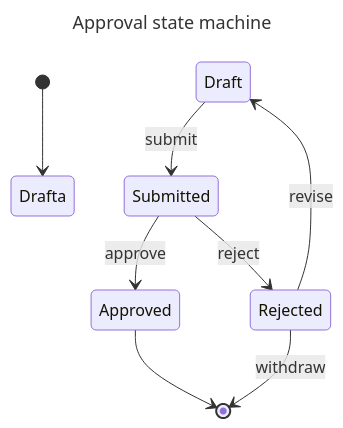
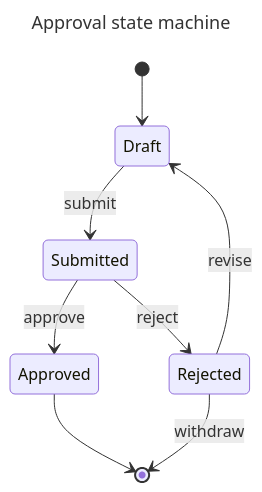
Before and after one commit to SlideWright/lattice: the fourth of 25 diagrams in examples/mermaid-gallery.md, drawn with Mermaid. The commit also changed other lines of this file and 4 other files, not shown here.

First line of the commit message:
diagram(fixes): SVG-id isolation + sankey + journey + C4

````diff
--- a/examples/mermaid-gallery.md
+++ b/examples/mermaid-gallery.md
@@ -142,13 +142,13 @@
 ```mermaid
 ---
 title: Approval state machine
 ---
 stateDiagram-v2
-  [*] --> Drafta
+  [*] --> Draft
   Draft --> Submitted: submit
   Submitted --> Approved: approve
   Submitted --> Rejected: reject
   Approved --> [*]
   Rejected --> Draft: revise
   Rejected --> [*]: withdraw
 ```
````
